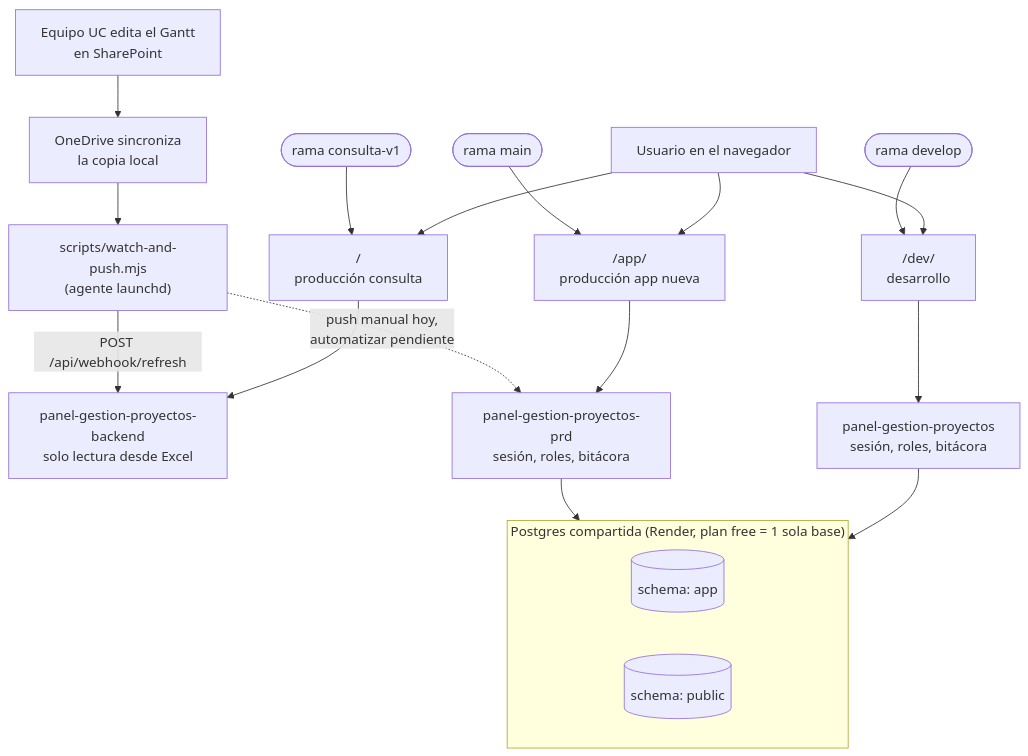
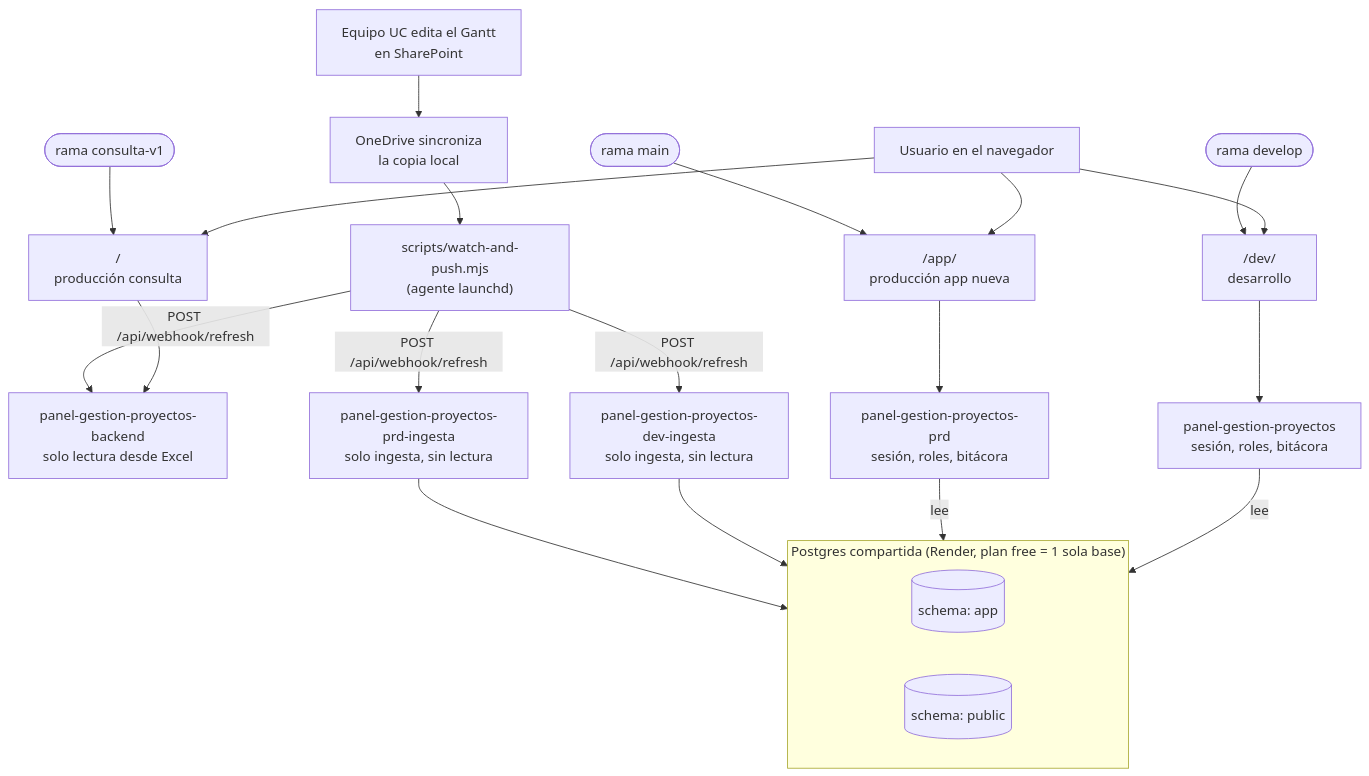
Before and after one commit to jimunozuc/panel-gestion-proyectos: the diagram in README.md, drawn with Mermaid. The commit also changed other lines of this file and 3 other files, not shown here.

````diff
--- a/README.md
+++ b/README.md
@@ -36,29 +36,33 @@
 ```mermaid
 flowchart TB
     Equipo["Equipo UC edita el Gantt\nen SharePoint"] --> Sync["OneDrive sincroniza\nla copia local"]
     Sync --> Watcher["scripts/watch-and-push.mjs\n(agente launchd)"]
 
     Watcher -->|"POST /api/webhook/refresh"| BackendViejo["panel-gestion-proyectos-backend\nsolo lectura desde Excel"]
-    Watcher -.->|"push manual hoy,\nautomatizar pendiente"| BackendPrd
+    Watcher -->|"POST /api/webhook/refresh"| IngestaPrd["panel-gestion-proyectos-prd-ingesta\nsolo ingesta, sin lectura"]
+    Watcher -->|"POST /api/webhook/refresh"| IngestaDev["panel-gestion-proyectos-dev-ingesta\nsolo ingesta, sin lectura"]
 
     subgraph RenderPG["Postgres compartida (Render, plan free = 1 sola base)"]
       direction LR
       SchemaApp[("schema: app")]
       SchemaPublic[("schema: public")]
     end
 
-    BackendPrd["panel-gestion-proyectos-prd\nsesión, roles, bitácora"] --> SchemaApp
-    BackendDev["panel-gestion-proyectos\nsesión, roles, bitácora"] --> SchemaPublic
+    IngestaPrd --> SchemaApp
+    IngestaDev --> SchemaPublic
+
+    BackendPrd["panel-gestion-proyectos-prd\nsesión, roles, bitácora"] -->|"lee"| SchemaApp
+    BackendDev["panel-gestion-proyectos\nsesión, roles, bitácora"] -->|"lee"| SchemaPublic
 
     ConsultaV1(["rama consulta-v1"]) --> SitioRaiz["/\nproducción consulta"]
     Main(["rama main"]) --> SitioApp["/app/\nproducción app nueva"]
     Develop(["rama develop"]) --> SitioDev["/dev/\ndesarrollo"]
 
     SitioRaiz --> BackendViejo
     SitioApp --> BackendPrd
     SitioDev --> BackendDev
 
     Usuario["Usuario en el navegador"] --> SitioRaiz
     Usuario --> SitioApp
     Usuario --> SitioDev
 ```
````
